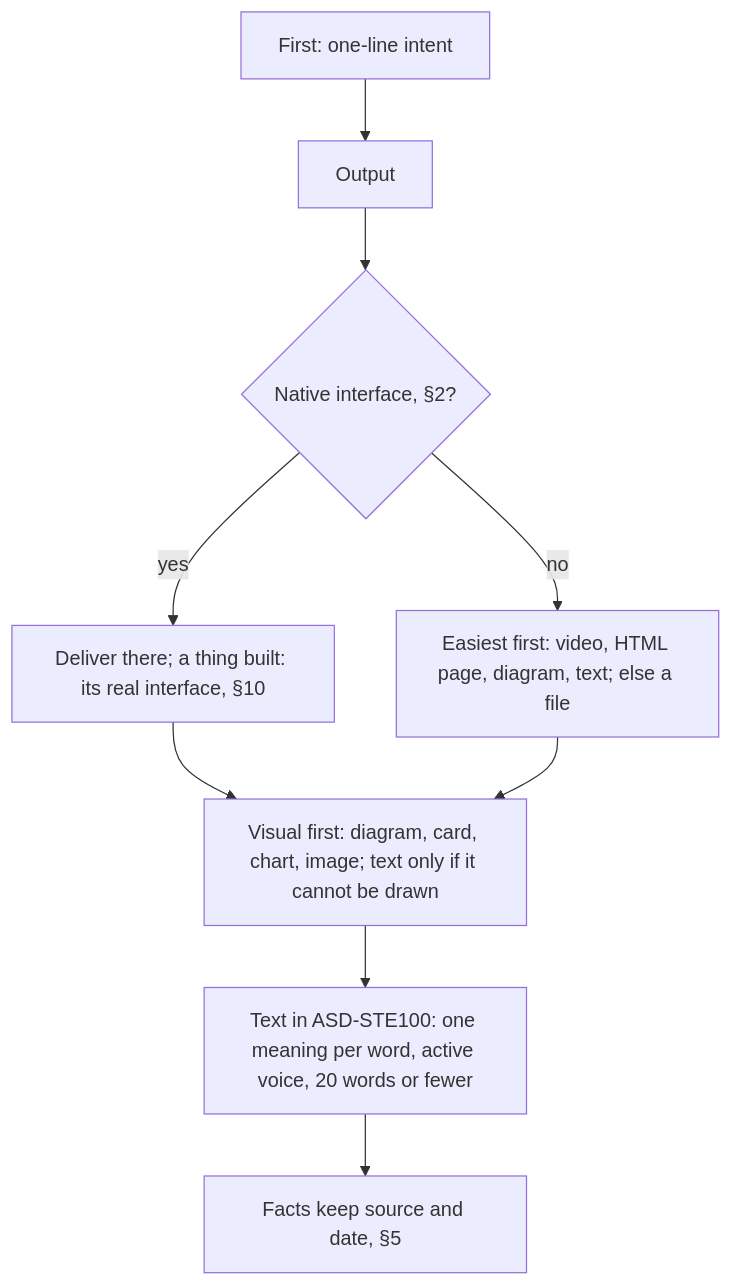
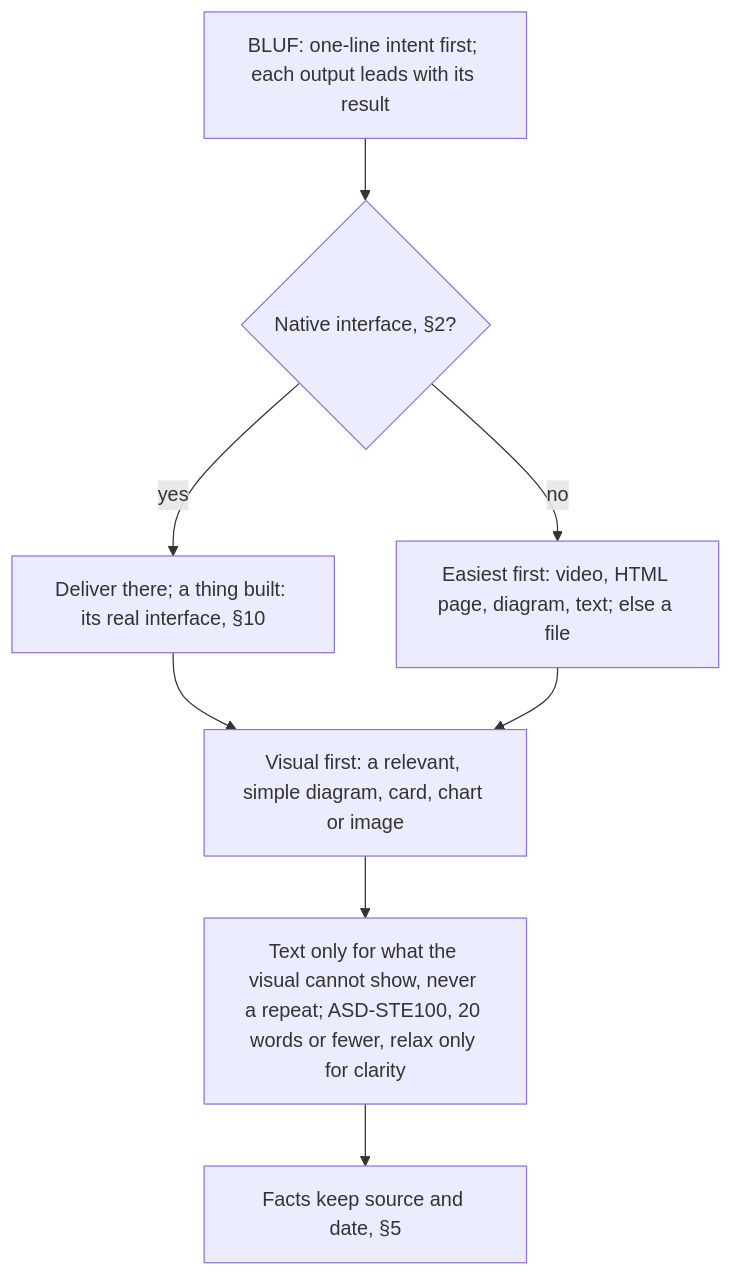
Diagram 12 of 14 in AGENTS.md (SolenixAI/arbiter), drawn with Mermaid before and after one commit. The commit also changed other lines of this file, not shown here.

Commit message:
docs(agents): section 11 leads with the result; text never repeats the visual

````diff
--- a/AGENTS.md
+++ b/AGENTS.md
@@ -487,10 +485,10 @@
 ```mermaid
 flowchart TD
-  IL[First: one-line intent] --> O[Output] --> N{Native interface, §2?}
+  IL["BLUF: one-line intent first; each output leads with its result"] --> N{Native interface, §2?}
   N -->|yes| V["Deliver there; a thing built: its real interface, §10"]
   N -->|no| F["Easiest first: video, HTML page, diagram, text; else a file"]
-  V --> VF["Visual first: diagram, card, chart, image; text only if it cannot be drawn"]
+  V --> VF["Visual first: a relevant, simple diagram, card, chart or image"]
   F --> VF
-  VF --> T[Text in ASD-STE100: one meaning per word, active voice, 20 words or fewer]
+  VF --> T["Text only for what the visual cannot show, never a repeat; ASD-STE100, 20 words or fewer, relax only for clarity"]
   T --> E["Facts keep source and date, §5"]
 ```
````
